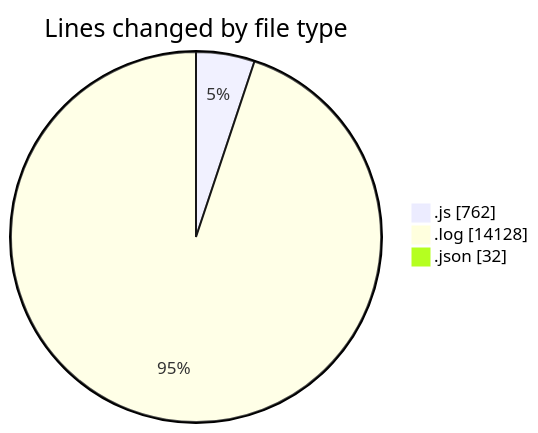
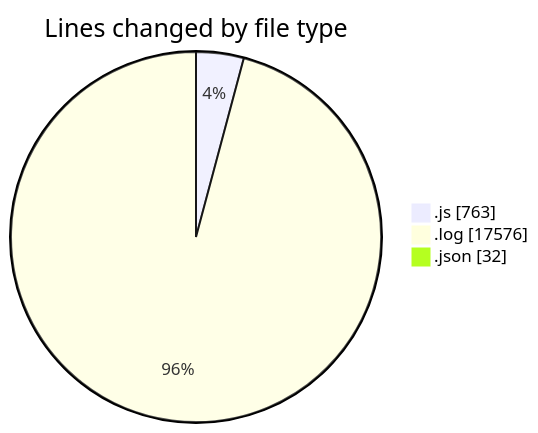
The first of 2 diagrams in 2025-04-15/nxtqube_webapp/README.md (nxtqubesakshisongat/code-tracking), drawn with Mermaid before and after one commit. The commit also changed other lines of this file and 1 other file, not shown here.

````diff
--- a/2025-04-15/nxtqube_webapp/README.md
+++ b/2025-04-15/nxtqube_webapp/README.md
@@ -32,7 +34,7 @@
 ```mermaid
 pie showData
 title Lines changed by file type
-".js" : 762
-".log" : 14128
+".js" : 763
+".log" : 17576
 ".json" : 32
 ```
````
